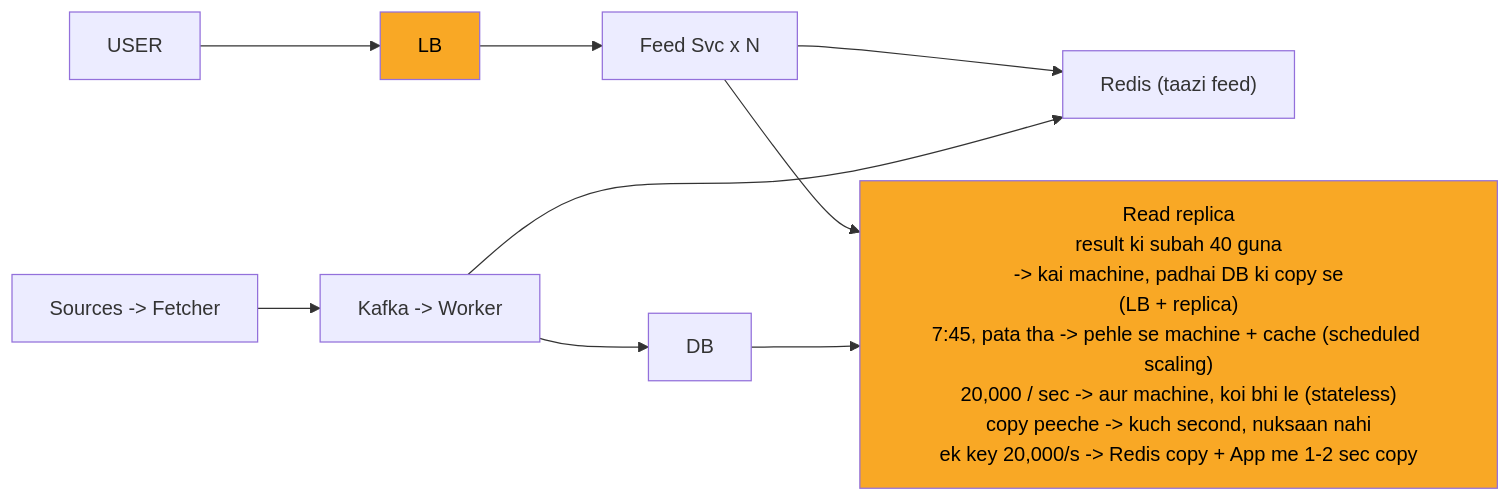
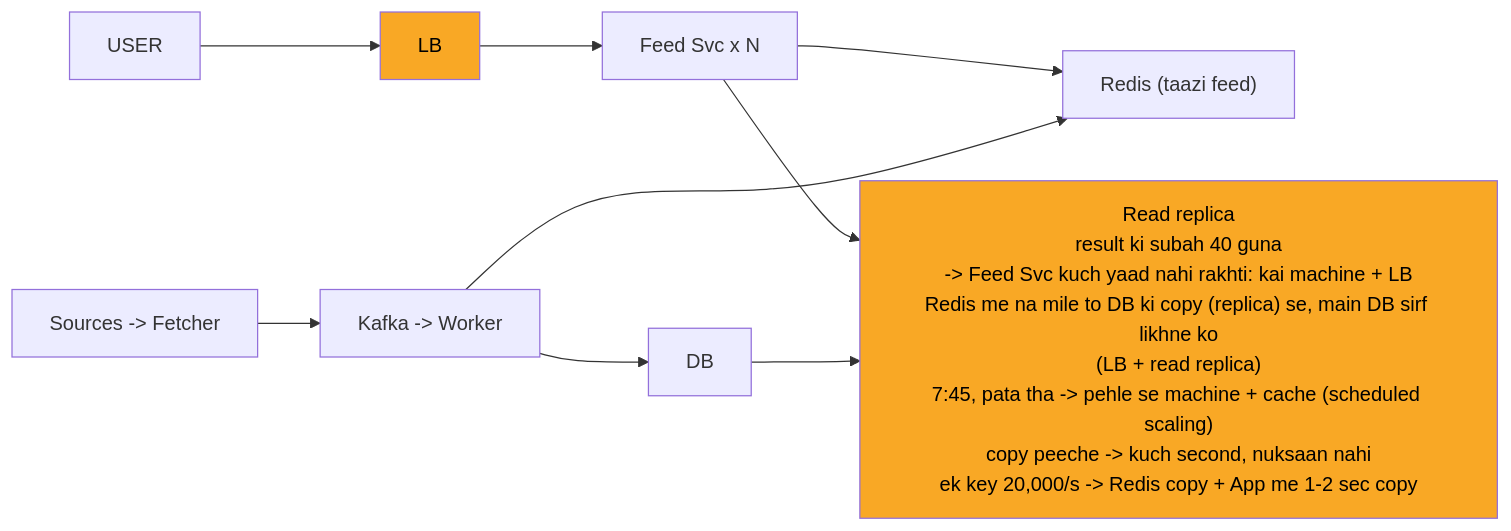
One commit to ArpanMaheshwari144/Prep changed the fourth of 11 diagrams in 04_HLD/SYSTEM_DESIGNS/08_news_aggregator/08_news_aggregator_INTERVIEW.md. Above: the diagram before and after it, drawn with Mermaid. The commit also changed other lines of this file and 13 other files, not shown here.

````diff
--- a/04_HLD/SYSTEM_DESIGNS/08_news_aggregator/08_news_aggregator_INTERVIEW.md
+++ b/04_HLD/SYSTEM_DESIGNS/08_news_aggregator/08_news_aggregator_INTERVIEW.md
@@ -152,22 +156,22 @@
 ```mermaid
 %%{init: {"flowchart": {"wrappingWidth": 450}}}%%
 flowchart LR
     n_USER["USER"]
     n_LB["LB"]
     n_Feed_Svc_xN["Feed Svc x N"]
     n_Redis["Redis (taazi feed)"]
-    n_Read_replica["Read replica<br/>result ki subah 40 guna<br/>-> kai machine, padhai DB ki copy se<br/>(LB + replica)<br/>7:45, pata tha -> pehle se machine + cache (scheduled scaling)<br/>20,000 / sec -> aur machine, koi bhi le (stateless)<br/>copy peeche -> kuch second, nuksaan nahi<br/>ek key 20,000/s -> Redis copy + App me 1-2 sec copy"]
+    n_Read_replica["Read replica<br/>result ki subah 40 guna<br/>-> Feed Svc kuch yaad nahi rakhti: kai machine + LB<br/>Redis me na mile to DB ki copy (replica) se, main DB sirf likhne ko<br/>(LB + read replica)<br/>7:45, pata tha -> pehle se machine + cache (scheduled scaling)<br/>copy peeche -> kuch second, nuksaan nahi<br/>ek key 20,000/s -> Redis copy + App me 1-2 sec copy"]
     n_DB["DB"]
     n_KW["Kafka -> Worker"]
     n_SF["Sources -> Fetcher"]
     n_USER --> n_LB
     n_LB --> n_Feed_Svc_xN
     n_Feed_Svc_xN --> n_Redis
     n_Feed_Svc_xN --> n_Read_replica
     n_DB --> n_Read_replica
     n_KW --> n_DB
     n_KW --> n_Redis
     n_SF --> n_KW
     style n_LB fill:#f9a825,color:#000
     style n_Read_replica fill:#f9a825,color:#000
 ```
````
